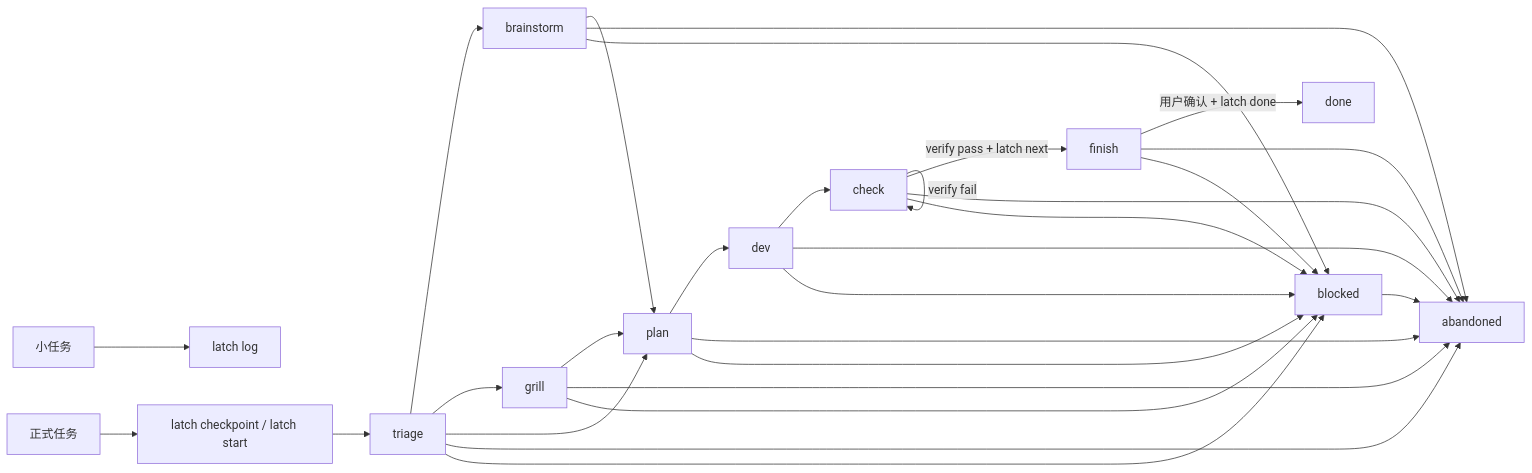
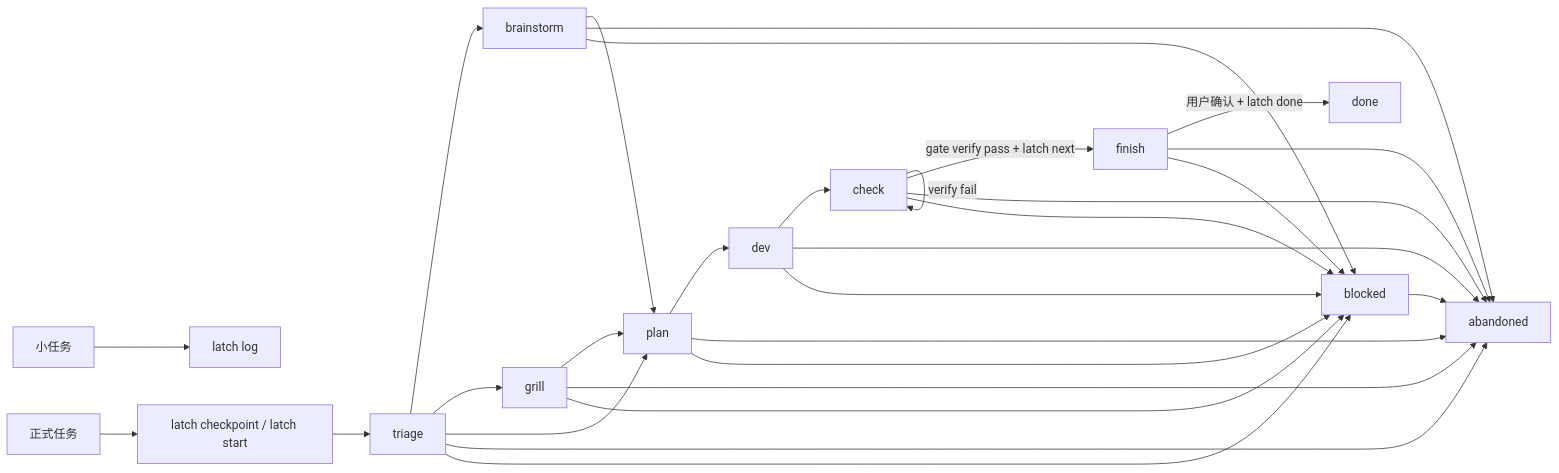
One commit to 500tpig/Latch changed the diagram in docs/HANDBOOK.md. Above: the diagram before and after it, drawn with Mermaid. The commit also changed other lines of this file and 13 other files, not shown here.

````diff
--- a/docs/HANDBOOK.md
+++ b/docs/HANDBOOK.md
@@ -184,31 +184,31 @@
 ```mermaid
 flowchart LR
     small["小任务"] --> log["latch log"]
     formal["正式任务"] --> enter["latch checkpoint / latch start"]
     enter --> triage["triage"]
     triage --> brainstorm["brainstorm"]
     triage --> grill["grill"]
     triage --> plan["plan"]
     brainstorm --> plan
     grill --> plan
     plan --> dev["dev"]
     dev --> check["check"]
     check -->|verify fail| check
-    check -->|verify pass + latch next| finish["finish"]
+    check -->|gate verify pass + latch next| finish["finish"]
     finish -->|用户确认 + latch done| done["done"]
     triage --> abandoned["abandoned"]
     brainstorm --> abandoned
     grill --> abandoned
     plan --> abandoned
     dev --> abandoned
     check --> abandoned
     finish --> abandoned
     blocked --> abandoned
     triage --> blocked["blocked"]
     brainstorm --> blocked
     grill --> blocked
     plan --> blocked
     dev --> blocked
     check --> blocked
     finish --> blocked
 ```
````
